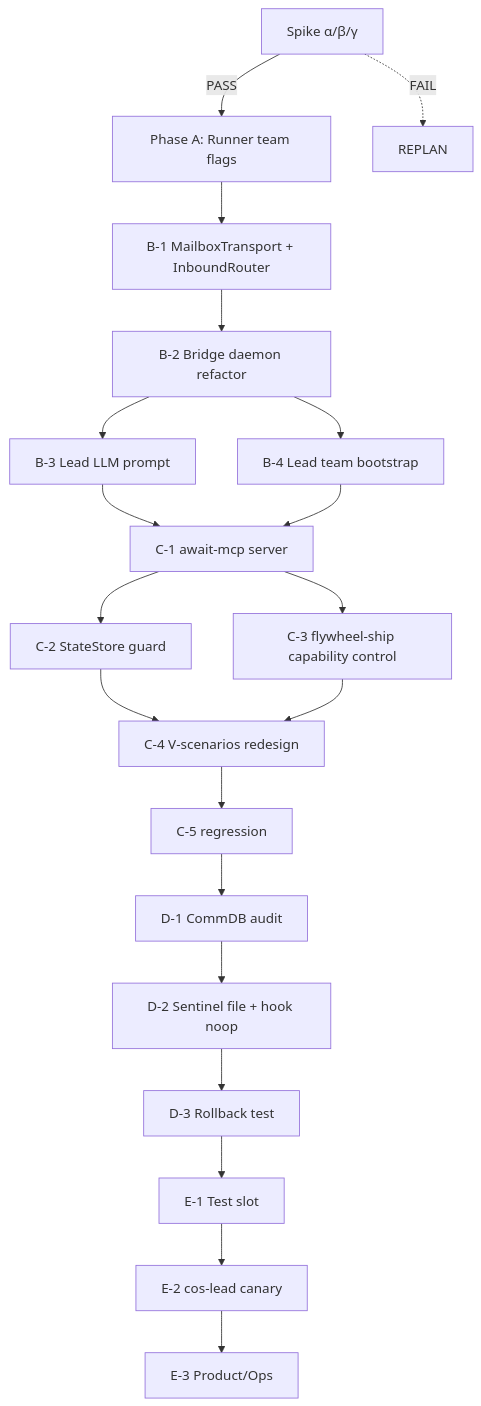
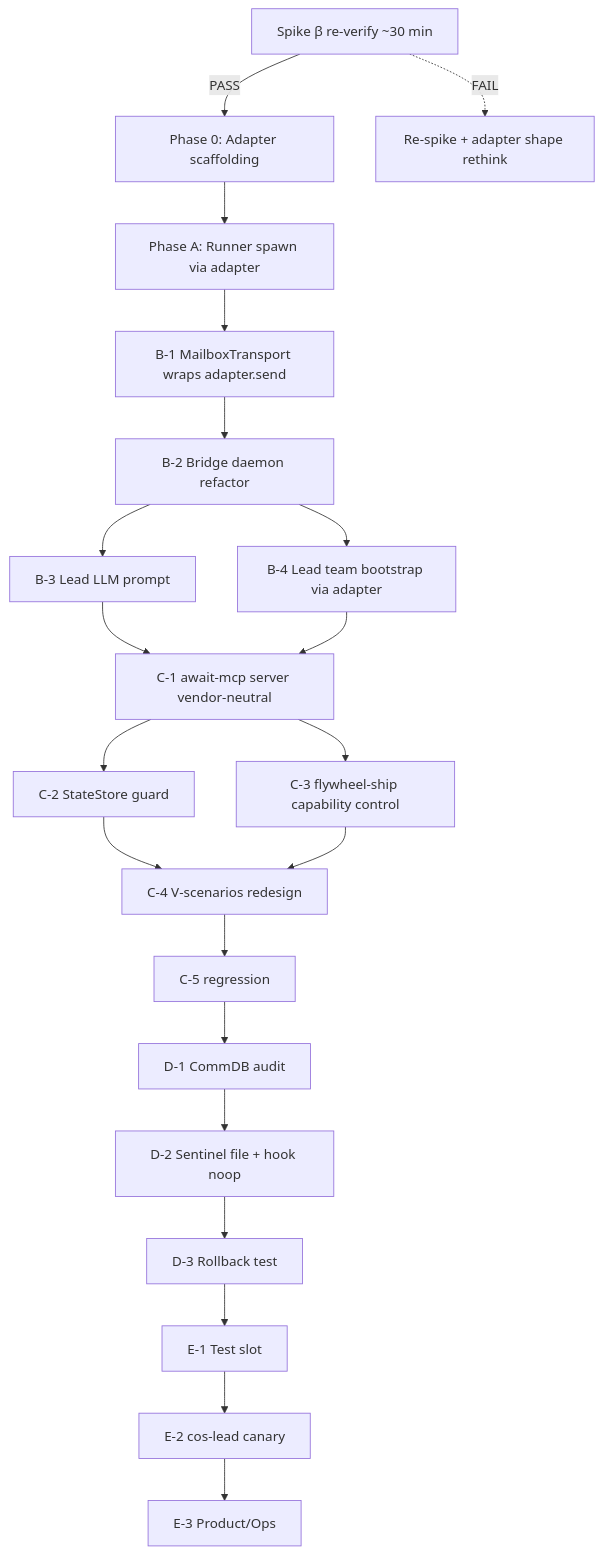
One commit to xrliAnnie/flywheel-qa-sandbox changed the third of 3 diagrams in doc/engineer/plan/new/v1.27.0-FLY-142-agent-team-full-mirror.md. Above: the diagram before and after it, drawn with Mermaid. The commit also changed other lines of this file, not shown here.

First line of the commit message:
docs(FLY-142): v1.27.1 plan revision — vendor-neutral transport adapter

````diff
--- a/doc/engineer/plan/new/v1.27.0-FLY-142-agent-team-full-mirror.md
+++ b/doc/engineer/plan/new/v1.27.0-FLY-142-agent-team-full-mirror.md
@@ -553,22 +873,23 @@
 ```mermaid
 graph TD
-    SPK[Spike α/β/γ] -->|PASS| A[Phase A: Runner team flags]
-    SPK -.FAIL.-> REPLAN
-    A --> B1[B-1 MailboxTransport + InboundRouter]
+    SV[Spike β re-verify ~30 min] -->|PASS| P0[Phase 0: Adapter scaffolding]
+    SV -.FAIL.-> REPLAN[Re-spike + adapter shape rethink]
+    P0 --> A[Phase A: Runner spawn via adapter]
+    A --> B1[B-1 MailboxTransport wraps adapter.send]
     B1 --> B2[B-2 Bridge daemon refactor]
     B2 --> B3[B-3 Lead LLM prompt]
-    B2 --> B4[B-4 Lead team bootstrap]
-    B3 --> C1[C-1 await-mcp server]
+    B2 --> B4[B-4 Lead team bootstrap via adapter]
+    B3 --> C1[C-1 await-mcp server vendor-neutral]
     B4 --> C1
     C1 --> C2[C-2 StateStore guard]
     C1 --> C3[C-3 flywheel-ship capability control]
     C2 --> C4[C-4 V-scenarios redesign]
     C3 --> C4
     C4 --> C5[C-5 regression]
     C5 --> D1[D-1 CommDB audit]
     D1 --> D2[D-2 Sentinel file + hook noop]
     D2 --> D3[D-3 Rollback test]
     D3 --> E1[E-1 Test slot]
     E1 --> E2[E-2 cos-lead canary]
     E2 --> E3[E-3 Product/Ops]
 ```
````
